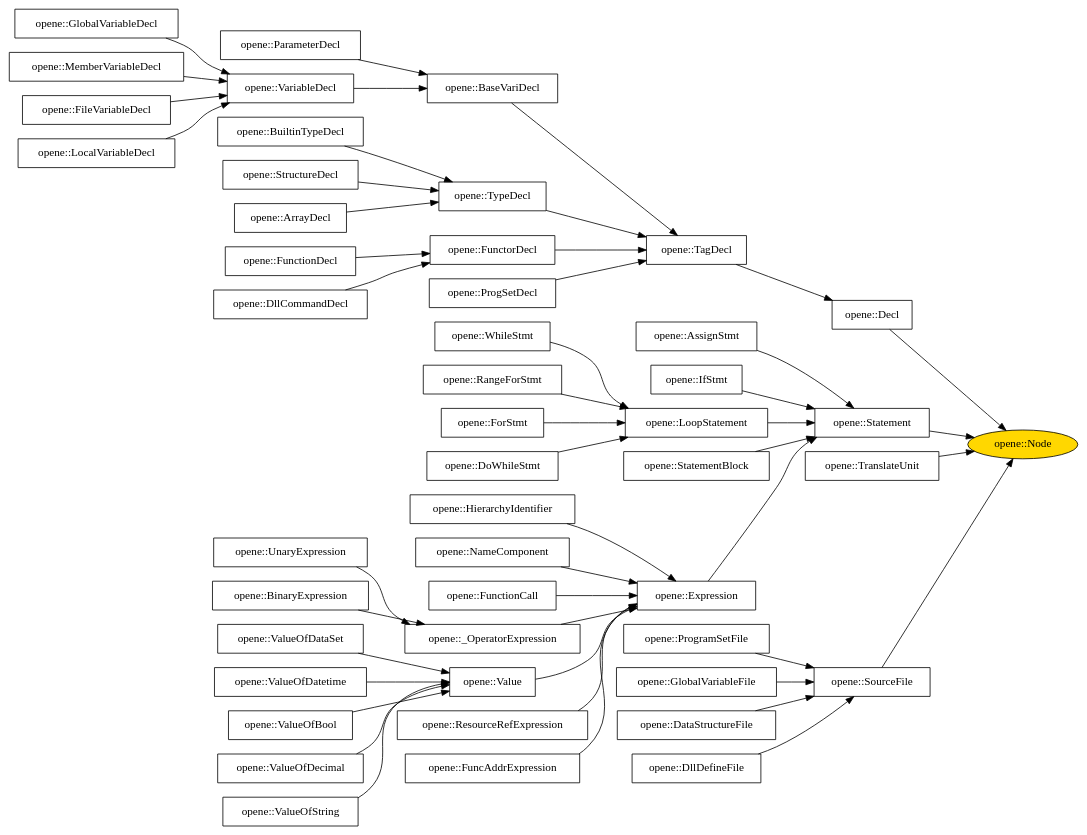
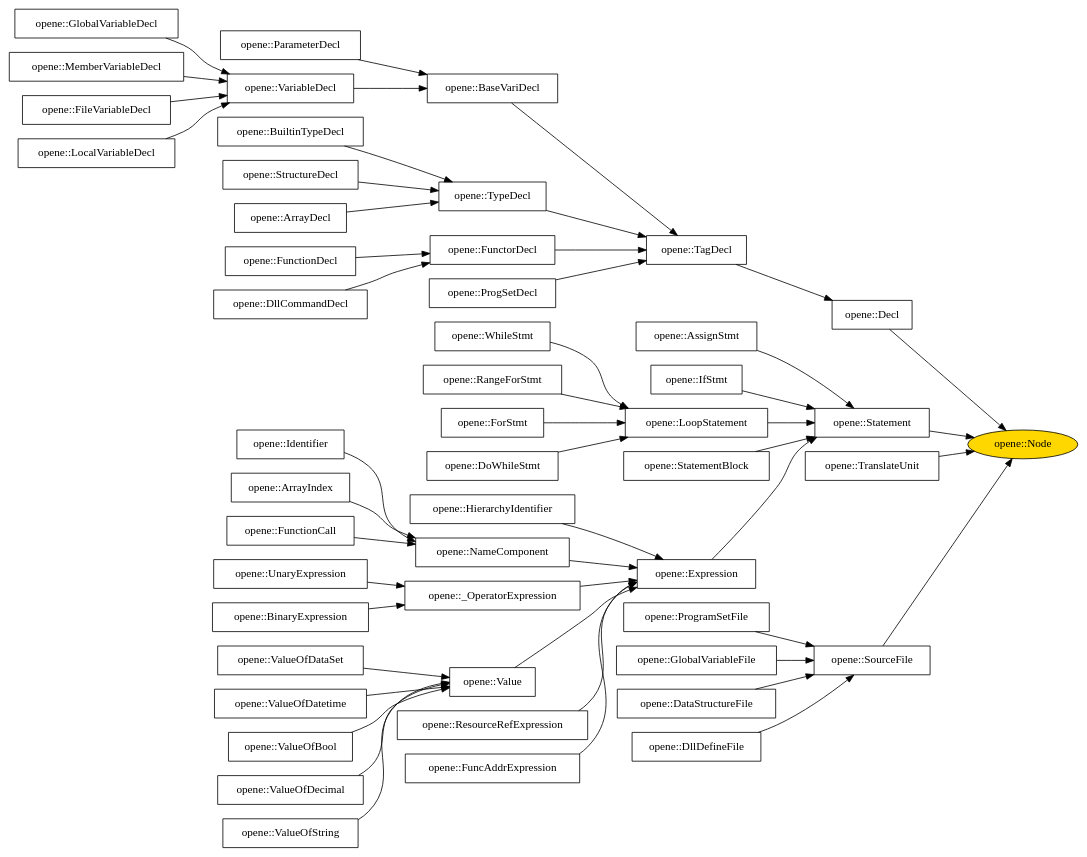
Before and after one commit to RonxBulld/RexLang: the diagram in Compiler/opene_parse/ClassInheritance.dot, drawn with Graphviz. The commit also changed 9 other files, not shown here.

```diff
--- a/Compiler/opene_parse/ClassInheritance.dot
+++ b/Compiler/opene_parse/ClassInheritance.dot
@@ -1,54 +1,56 @@
 digraph G {
 	rankdir=LR;
 	node[shape=box];
 
 	# Class inheritance link.
 	"opene::SourceFile" -> "opene::Node"
 	"opene::ProgramSetFile" -> "opene::SourceFile"
 	"opene::GlobalVariableFile" -> "opene::SourceFile"
 	"opene::DataStructureFile" -> "opene::SourceFile"
 	"opene::DllDefineFile" -> "opene::SourceFile"
 	"opene::Decl" -> "opene::Node"
 	"opene::TagDecl" -> "opene::Decl"
 	"opene::BaseVariDecl" -> "opene::TagDecl"
 	"opene::ParameterDecl" -> "opene::BaseVariDecl"
 	"opene::VariableDecl" -> "opene::BaseVariDecl"
 	"opene::GlobalVariableDecl" -> "opene::VariableDecl"
 	"opene::MemberVariableDecl" -> "opene::VariableDecl"
 	"opene::FileVariableDecl" -> "opene::VariableDecl"
 	"opene::LocalVariableDecl" -> "opene::VariableDecl"
 	"opene::TypeDecl" -> "opene::TagDecl"
 	"opene::BuiltinTypeDecl" -> "opene::TypeDecl"
 	"opene::StructureDecl" -> "opene::TypeDecl"
 	"opene::ArrayDecl" -> "opene::TypeDecl"
 	"opene::FunctorDecl" -> "opene::TagDecl"
 	"opene::FunctionDecl" -> "opene::FunctorDecl"
 	"opene::DllCommandDecl" -> "opene::FunctorDecl"
 	"opene::ProgSetDecl" -> "opene::TagDecl"
 	"opene::Statement" -> "opene::Node"
 	"opene::AssignStmt" -> "opene::Statement"
 	"opene::IfStmt" -> "opene::Statement"
 	"opene::LoopStatement" -> "opene::Statement"
 	"opene::WhileStmt" -> "opene::LoopStatement"
 	"opene::RangeForStmt" -> "opene::LoopStatement"
 	"opene::ForStmt" -> "opene::LoopStatement"
 	"opene::DoWhileStmt" -> "opene::LoopStatement"
 	"opene::StatementBlock" -> "opene::Statement"
 	"opene::Expression" -> "opene::Statement"
 	"opene::HierarchyIdentifier" -> "opene::Expression"
 	"opene::NameComponent" -> "opene::Expression"
-	"opene::FunctionCall" -> "opene::Expression"
+	"opene::Identifier" -> "opene::NameComponent"
+	"opene::ArrayIndex" -> "opene::NameComponent"
+	"opene::FunctionCall" -> "opene::NameComponent"
 	"opene::_OperatorExpression" -> "opene::Expression"
 	"opene::UnaryExpression" -> "opene::_OperatorExpression"
 	"opene::BinaryExpression" -> "opene::_OperatorExpression"
 	"opene::Value" -> "opene::Expression"
 	"opene::ValueOfDataSet" -> "opene::Value"
 	"opene::ValueOfDatetime" -> "opene::Value"
 	"opene::ResourceRefExpression" -> "opene::Expression"
 	"opene::FuncAddrExpression" -> "opene::Expression"
 	"opene::ValueOfBool" -> "opene::Value"
 	"opene::ValueOfDecimal" -> "opene::Value"
 	"opene::ValueOfString" -> "opene::Value"
 	"opene::TranslateUnit" -> "opene::Node"
 	"opene::Node"[shape=ellipse fillcolor=gold style=filled];
 }
```
